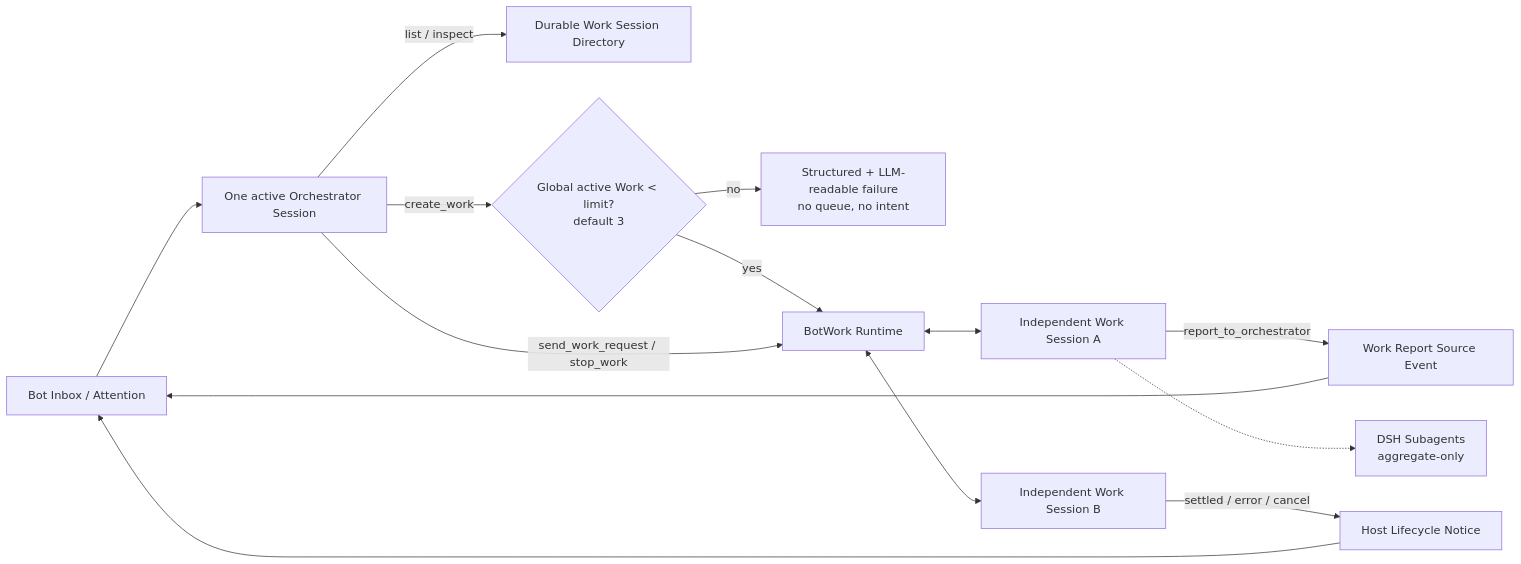
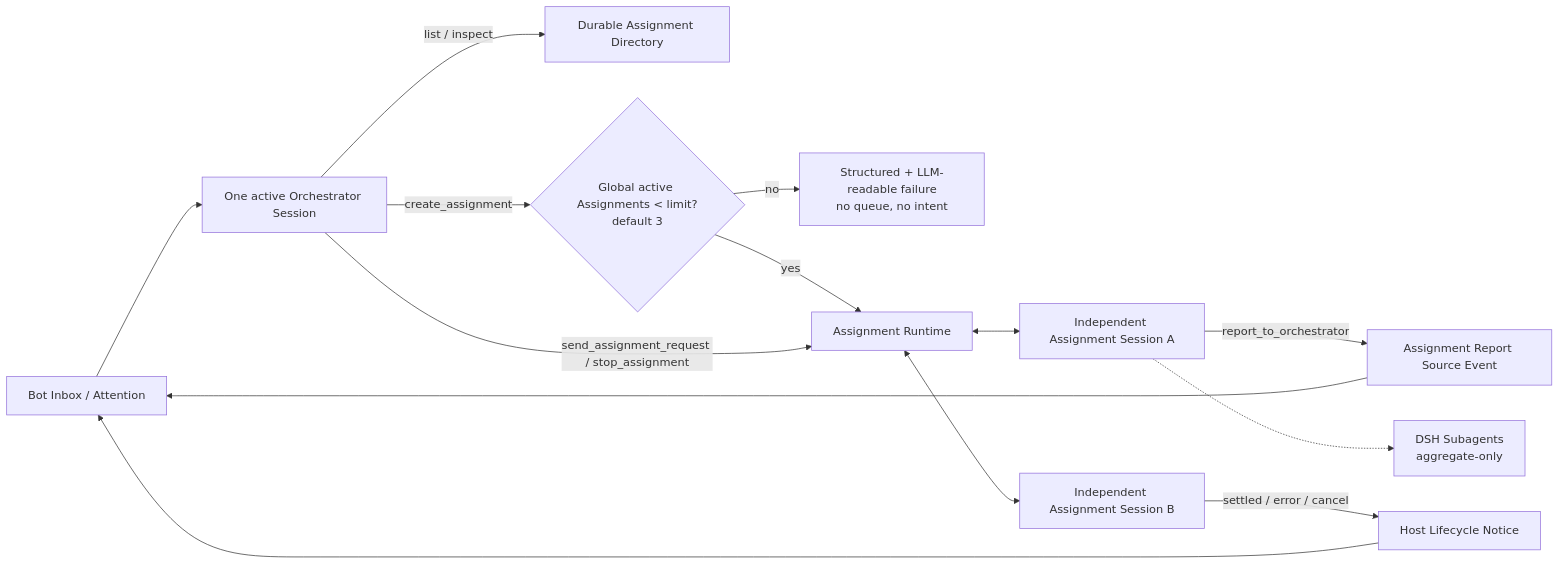
Before and after one commit to BotHarness/BotHarness: the fifth of 6 diagrams in docs/architecture/botharness-architecture.en.md, drawn with Mermaid. The commit also changed other lines of this file and 70 other files, not shown here.

Commit message:
docs: define PersonaBot assignments navigation

````diff
--- a/docs/architecture/botharness-architecture.en.md
+++ b/docs/architecture/botharness-architecture.en.md
@@ -163,16 +167,16 @@
 ```mermaid
 flowchart LR
   Inbox["Bot Inbox / Attention"] --> O["One active Orchestrator Session"]
-  O -->|"list / inspect"| Dir["Durable Work Session Directory"]
-  O -->|"create_work"| Gate{"Global active Work < limit?<br/>default 3"}
+  O -->|"list / inspect"| Dir["Durable Assignment Directory"]
+  O -->|"create_assignment"| Gate{"Global active Assignments < limit?<br/>default 3"}
   Gate -- "no" --> Error["Structured + LLM-readable failure<br/>no queue, no intent"]
-  Gate -- "yes" --> Runtime["BotWork Runtime"]
-  O -->|"send_work_request / stop_work"| Runtime
-  Runtime <--> W1["Independent Work Session A"]
-  Runtime <--> W2["Independent Work Session B"]
-  W1 -->|"report_to_orchestrator"| Report["Work Report Source Event"]
+  Gate -- "yes" --> Runtime["Assignment Runtime"]
+  O -->|"send_assignment_request / stop_assignment"| Runtime
+  Runtime <--> W1["Independent Assignment Session A"]
+  Runtime <--> W2["Independent Assignment Session B"]
+  W1 -->|"report_to_orchestrator"| Report["Assignment Report Source Event"]
   W2 -->|"settled / error / cancel"| Notice["Host Lifecycle Notice"]
   Report --> Inbox
   Notice --> Inbox
   W1 -.-> Sub["DSH Subagents<br/>aggregate-only"]
 ```
````
